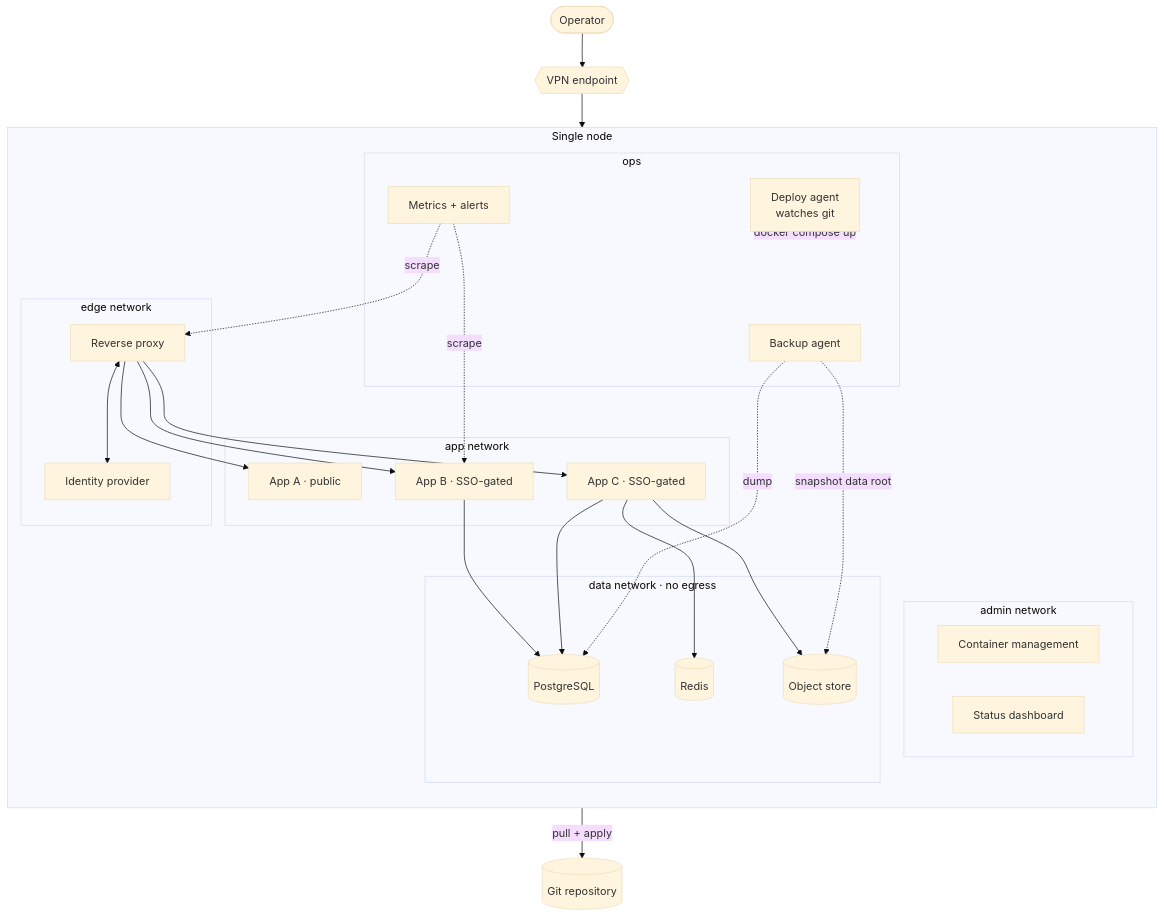
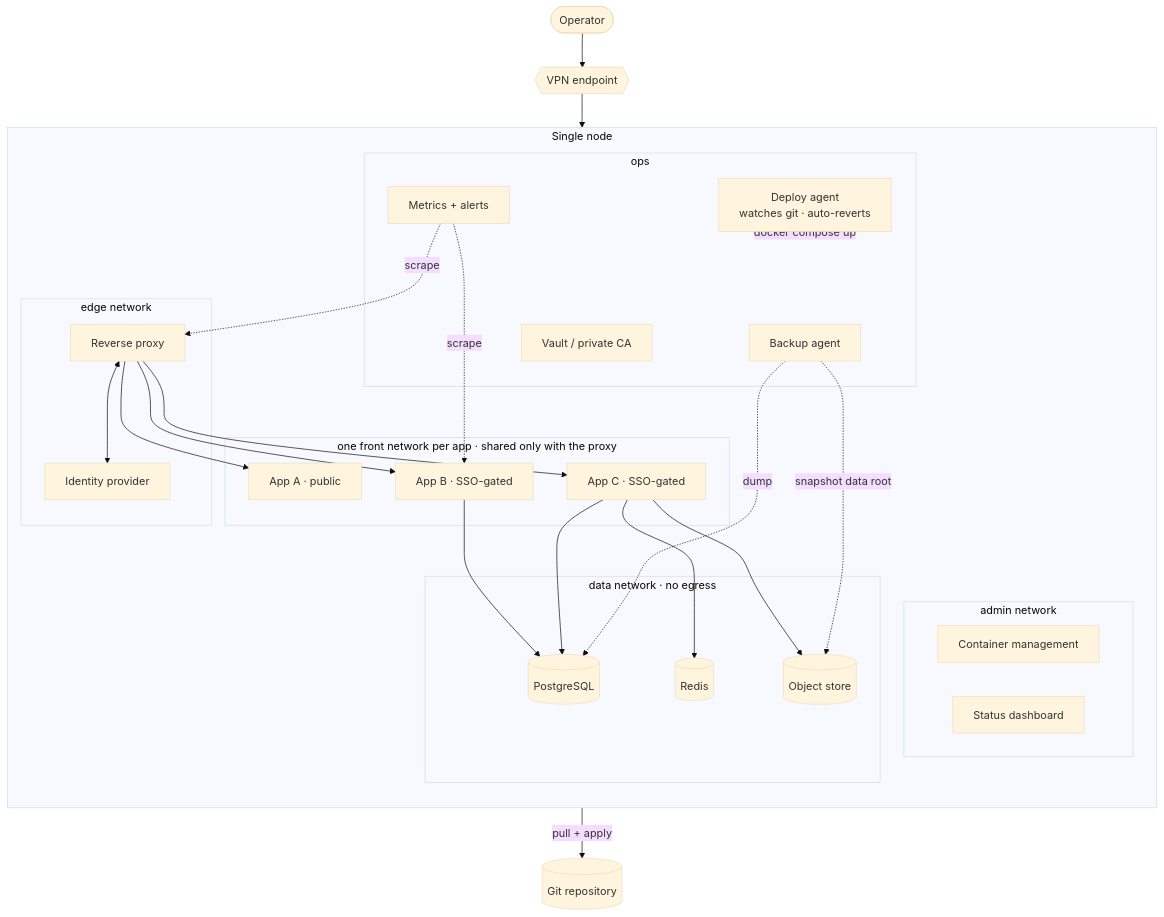
Before and after one commit to MarioLealP/homelab-platform-blueprint: the second of 3 diagrams in docs/02-architecture.md, drawn with Mermaid (base theme). The commit also changed other lines of this file and 13 other files, not shown here.

````diff
--- a/docs/02-architecture.md
+++ b/docs/02-architecture.md
@@ -31,53 +34,54 @@
 ```mermaid
 flowchart TB
     subgraph node [Single node]
         direction TB
 
         subgraph edgenet [edge network]
             proxy[Reverse proxy]
             idp[Identity provider]
         end
 
-        subgraph appnet [app network]
+        subgraph appnet [one front network per app · shared only with the proxy]
             app1[App A · public]
             app2[App B · SSO-gated]
             app3[App C · SSO-gated]
         end
 
         subgraph datanet [data network · no egress]
             db[(PostgreSQL)]
             cache[(Redis)]
             files[(Object store)]
         end
 
         subgraph adminnet [admin network]
             portainer[Container management]
             dash[Status dashboard]
         end
 
         subgraph opsnet [ops]
-            deployer[Deploy agent<br/>watches git]
+            deployer[Deploy agent<br/>watches git · auto-reverts]
             backup[Backup agent]
             monitor[Metrics + alerts]
+            vault[Vault / private CA]
         end
     end
 
     repo[(Git repository)]
     vpn{{VPN endpoint}}
 
     proxy --> app1
     proxy --> app2
     proxy --> app3
     proxy <--> idp
     app2 --> db
     app3 --> db
     app3 --> cache
     app3 --> files
     deployer -->|pull + apply| repo
     deployer -.->|docker compose up| node
     backup -.->|snapshot data root| files
     backup -.->|dump| db
     monitor -.->|scrape| proxy
     monitor -.->|scrape| app2
     operator([Operator]) --> vpn --> adminnet
 ```
````
